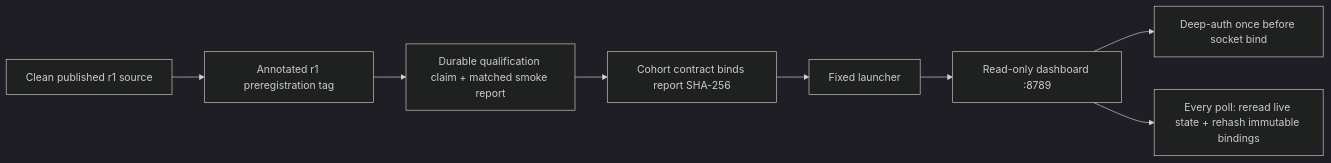
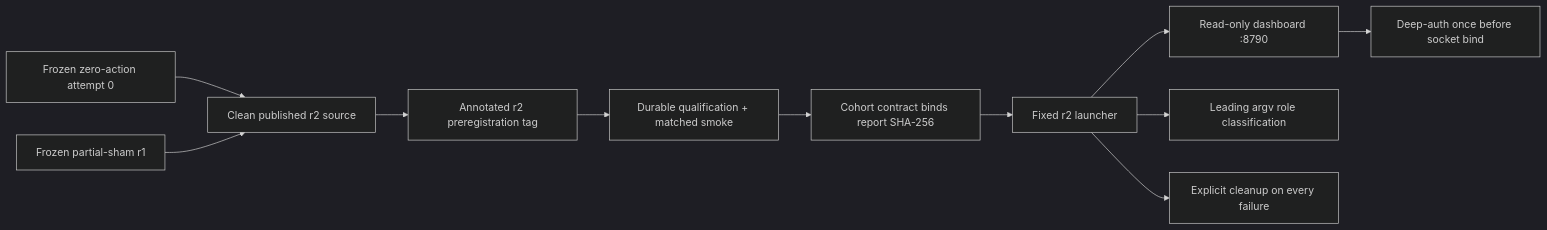
The sixth of 6 diagrams in docs/architecture.md (PeteAndrews1289/dungeon-apprentice), drawn with Mermaid (dark theme) before and after one commit. The commit also changed other lines of this file and 23 other files, not shown here.

````diff
--- a/docs/architecture.md
+++ b/docs/architecture.md
@@ -252,10 +262,13 @@
 ```mermaid
 flowchart LR
-    C["Clean published r1 source"] --> T["Annotated r1 preregistration tag"]
-    T --> Q["Durable qualification claim + matched smoke report"]
+    F0["Frozen zero-action attempt 0"] --> C["Clean published r2 source"]
+    F1["Frozen partial-sham r1"] --> C
+    C --> T["Annotated r2 preregistration tag"]
+    T --> Q["Durable qualification + matched smoke"]
     Q --> M["Cohort contract binds report SHA-256"]
-    M --> L["Fixed launcher"]
-    L --> D["Read-only dashboard :8789"]
+    M --> L["Fixed r2 launcher"]
+    L --> D["Read-only dashboard :8790"]
+    L --> R["Leading argv role classification"]
+    L --> X["Explicit cleanup on every failure"]
     D --> A["Deep-auth once before socket bind"]
-    D --> P["Every poll: reread live state + rehash immutable bindings"]
 ```
````
